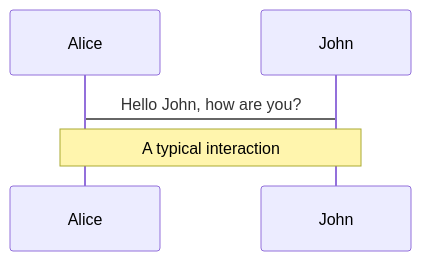
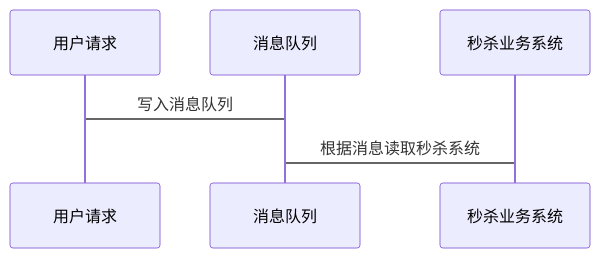
The fifth of 5 diagrams in gong-ju-xue-xi/md.md (zbsilent/zbsilentBooks), drawn with Mermaid before and after one commit. The commit also changed other lines of this file and 2 other files, not shown here.

````diff
--- a/gong-ju-xue-xi/md.md
+++ b/gong-ju-xue-xi/md.md
@@ -315,6 +389,6 @@
 ```mermaid
 sequenceDiagram
-Alice->John: Hello John, how are you?
-
-  Note over Alice,John: A typical interaction
+用户请求-> 消息队列: 写入消息队列
+秒杀业务系统 -> 消息队列:根据消息读取秒杀系统
+  # Note over Alice,John: A typical interaction
 ```
````
